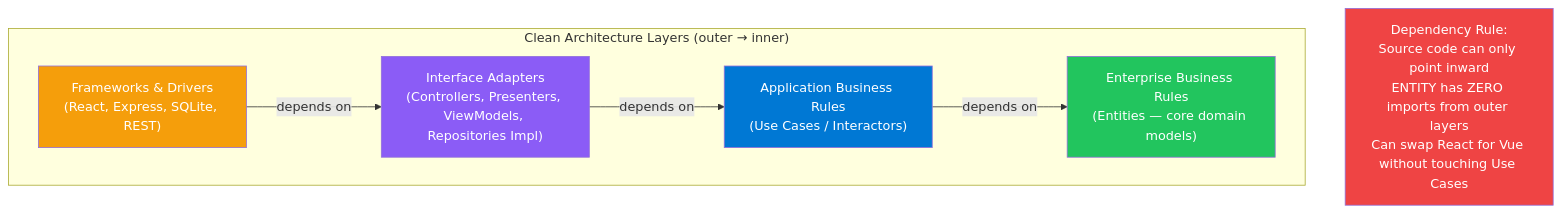
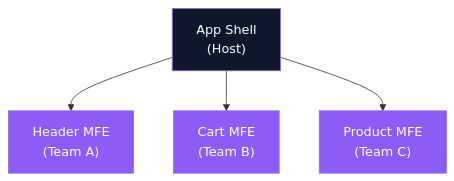
One commit to rajaghosh/InterviewPrep changed diagram 11 of 34 in Architechture-Concepts/Description-Questions2-Complete.md. Above: the diagram before and after it, drawn with Mermaid. The commit also changed other lines of this file and 240 other files, not shown here.

````diff
--- a/Architechture-Concepts/Description-Questions2-Complete.md
+++ b/Architechture-Concepts/Description-Questions2-Complete.md
@@ -310,19 +428,11 @@
 ```mermaid
 flowchart TD
-    subgraph LAYERS ["Clean Architecture Layers (outer → inner)"]
-        FRAMEWORK["Frameworks & Drivers\n(React, Express, SQLite, REST)"] 
-        ADAPTER["Interface Adapters\n(Controllers, Presenters, ViewModels, Repositories Impl)"]
-        USECASE["Application Business Rules\n(Use Cases / Interactors)"]
-        ENTITY["Enterprise Business Rules\n(Entities — core domain models)"]
-    end
+    Shell["App Shell\n(Host)"] --> Header["Header MFE\n(Team A)"]
+    Shell --> Cart["Cart MFE\n(Team B)"]
+    Shell --> Product["Product MFE\n(Team C)"]
 
-    FRAMEWORK -->|"depends on"| ADAPTER -->|"depends on"| USECASE -->|"depends on"| ENTITY
-
-    RULE["Dependency Rule:\nSource code can only point inward\nENTITY has ZERO imports from outer layers\nCan swap React for Vue without touching Use Cases"]
-
-    style ENTITY fill:#22c55e,color:#fff
-    style USECASE fill:#0078D4,color:#fff
-    style ADAPTER fill:#8b5cf6,color:#fff
-    style FRAMEWORK fill:#f59e0b,color:#fff
-    style RULE fill:#ef4444,color:#fff
+    classDef host fill:#0f172a,color:#fff
+    classDef mfe fill:#8b5cf6,color:#fff
+    class Shell host
+    class Header,Cart,Product mfe
 ```
````
